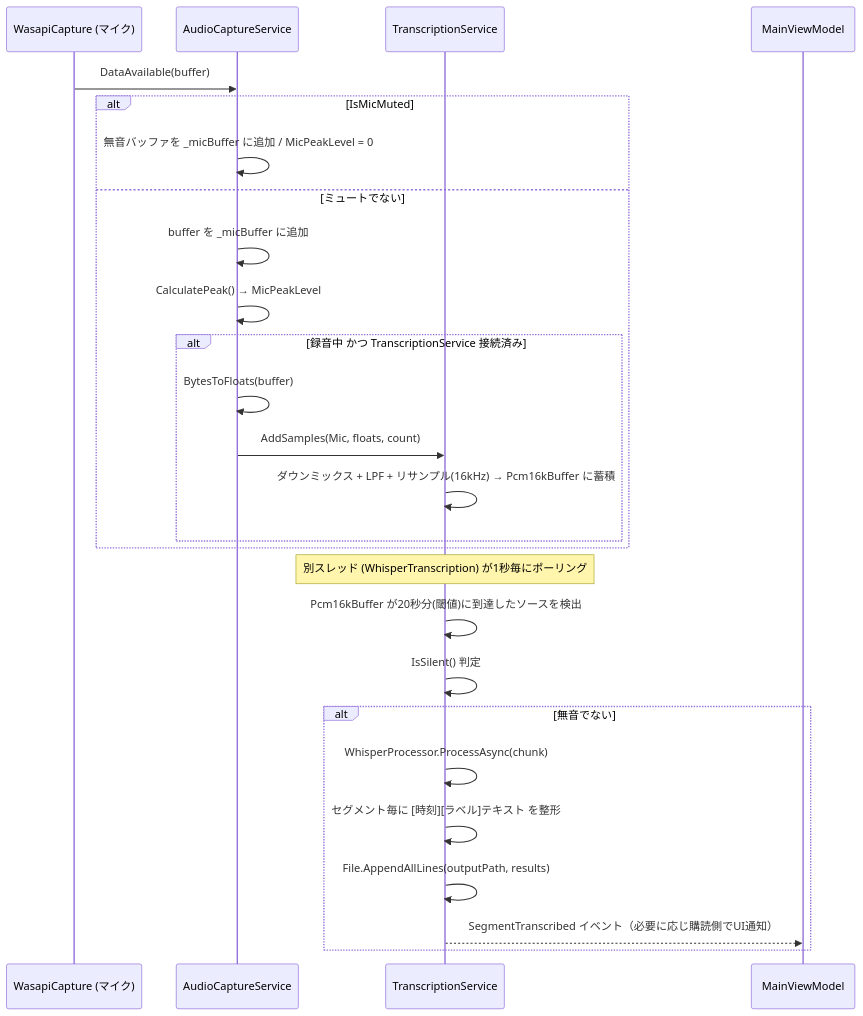
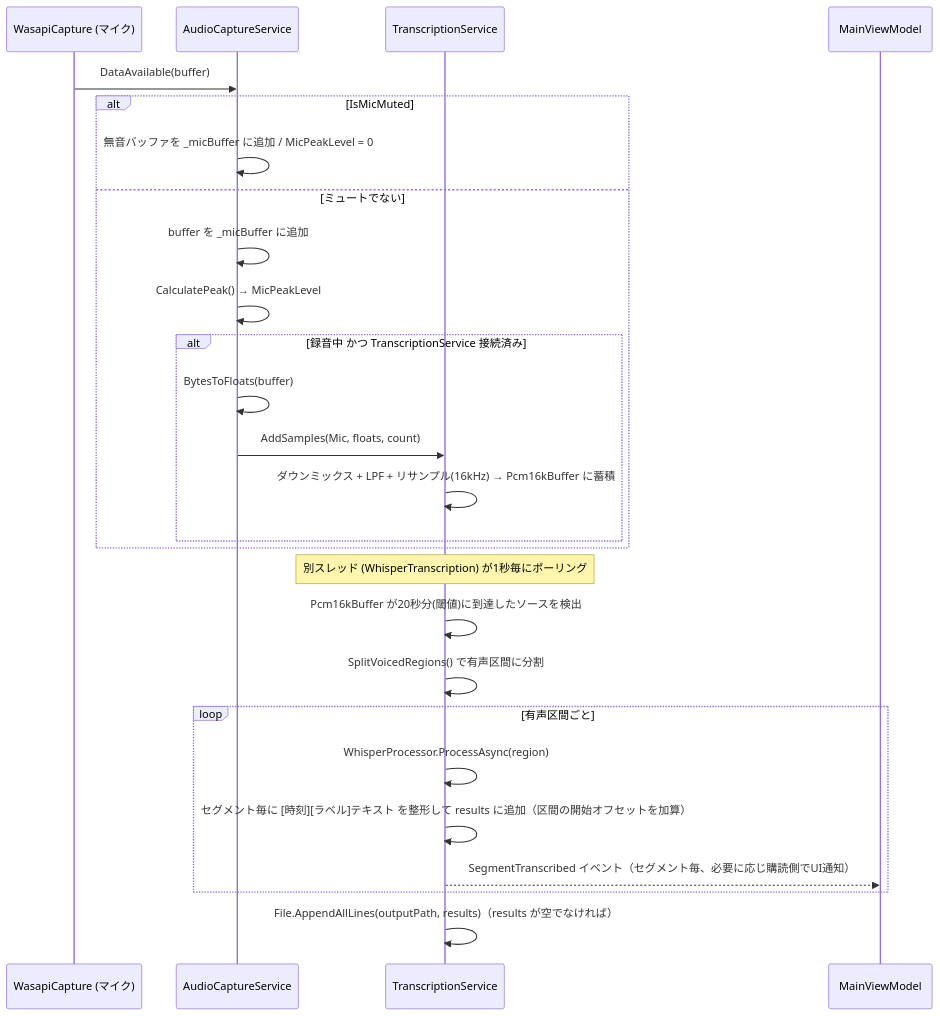
The third of 7 diagrams in docs/spec/04_sequence_diagram.md (otomac/audio-capture-app), drawn with Mermaid before and after one commit. The commit also changed other lines of this file and 12 other files, not shown here.

````diff
--- a/docs/spec/04_sequence_diagram.md
+++ b/docs/spec/04_sequence_diagram.md
@@ -80,30 +80,30 @@
 ```mermaid
 sequenceDiagram
     participant Mic as WasapiCapture (マイク)
     participant ACS as AudioCaptureService
     participant TS as TranscriptionService
     participant VM as MainViewModel
 
     Mic->>ACS: DataAvailable(buffer)
     alt IsMicMuted
         ACS->>ACS: 無音バッファを _micBuffer に追加 / MicPeakLevel = 0
     else ミュートでない
         ACS->>ACS: buffer を _micBuffer に追加
         ACS->>ACS: CalculatePeak() → MicPeakLevel
         alt 録音中 かつ TranscriptionService 接続済み
             ACS->>ACS: BytesToFloats(buffer)
             ACS->>TS: AddSamples(Mic, floats, count)
             TS->>TS: ダウンミックス + LPF + リサンプル(16kHz) → Pcm16kBuffer に蓄積
         end
     end
 
     Note over TS: 別スレッド (WhisperTranscription) が1秒毎にポーリング
     TS->>TS: Pcm16kBuffer が20秒分(閾値)に到達したソースを検出
-    TS->>TS: IsSilent() 判定
-    alt 無音でない
-        TS->>TS: WhisperProcessor.ProcessAsync(chunk)
-        TS->>TS: セグメント毎に [時刻][ラベル]テキスト を整形
-        TS->>TS: File.AppendAllLines(outputPath, results)
-        TS-->>VM: SegmentTranscribed イベント（必要に応じ購読側でUI通知）
+    TS->>TS: SplitVoicedRegions() で有声区間に分割
+    loop 有声区間ごと
+        TS->>TS: WhisperProcessor.ProcessAsync(region)
+        TS->>TS: セグメント毎に [時刻][ラベル]テキスト を整形して results に追加（区間の開始オフセットを加算）
+        TS-->>VM: SegmentTranscribed イベント（セグメント毎、必要に応じ購読側でUI通知）
     end
+    TS->>TS: File.AppendAllLines(outputPath, results)（results が空でなければ）
 ```
````
